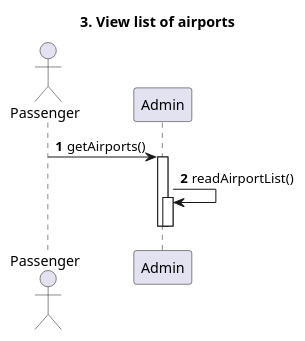
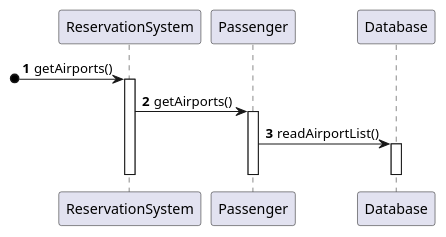
Before and after one commit to Ochirgarid/mpp-project: the diagram in diagrams/plantuml/3-1-sequence-diagram.md, drawn with PlantUML. The commit also changed 11 other files, not shown here.

Commit message:
diagrams updated

````diff
--- a/diagrams/plantuml/3-1-sequence-diagram.md
+++ b/diagrams/plantuml/3-1-sequence-diagram.md
@@ -1,15 +1,15 @@
 ```plantuml
 @startuml
-title 3. View list of airports
-
-Actor Passenger
 autonumber
-Passenger -> Admin : getAirports()
-activate Admin
-Admin -> Admin : readAirportList()
-activate Admin
-deactivate Admin
-deactivate Admin
+[o-> ReservationSystem : getAirports()
+activate ReservationSystem
+ReservationSystem -> Passenger: getAirports()
+activate Passenger
+Passenger -> Database : readAirportList()
+activate Database
+deactivate Database
+deactivate Passenger
+deactivate ReservationSystem
 
 @enduml
 ```
````
